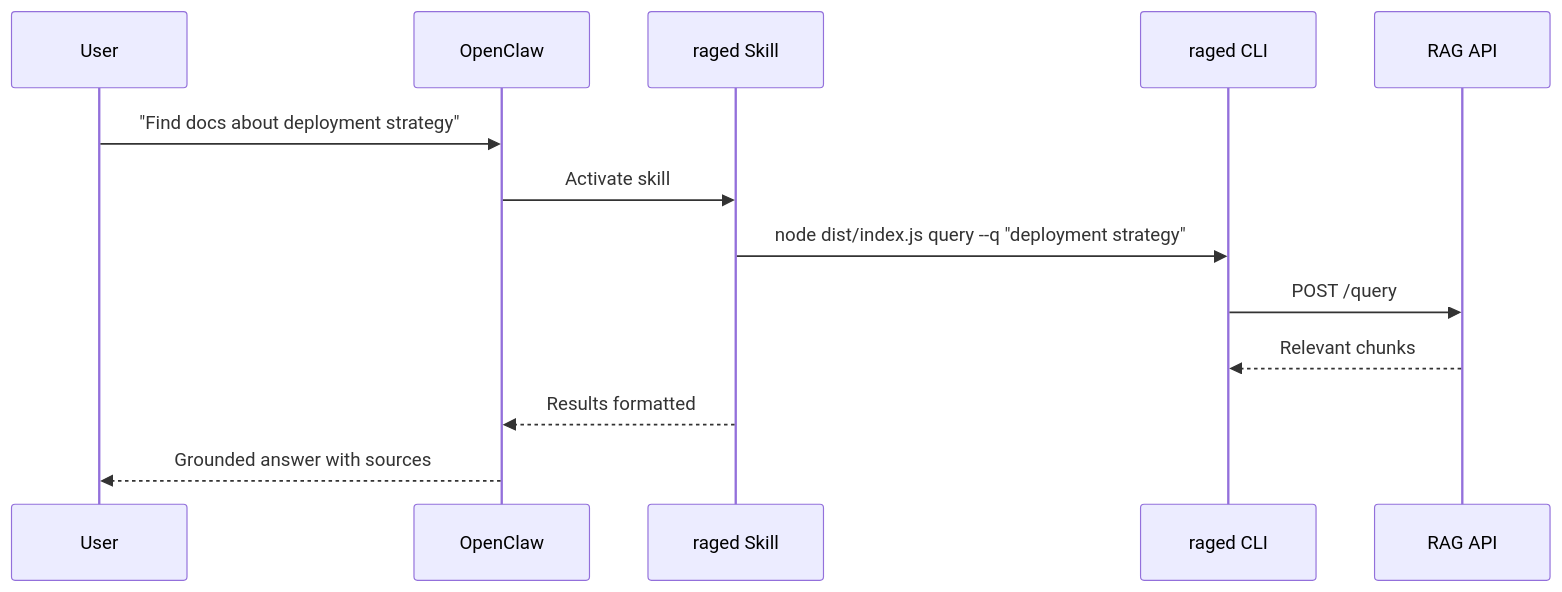
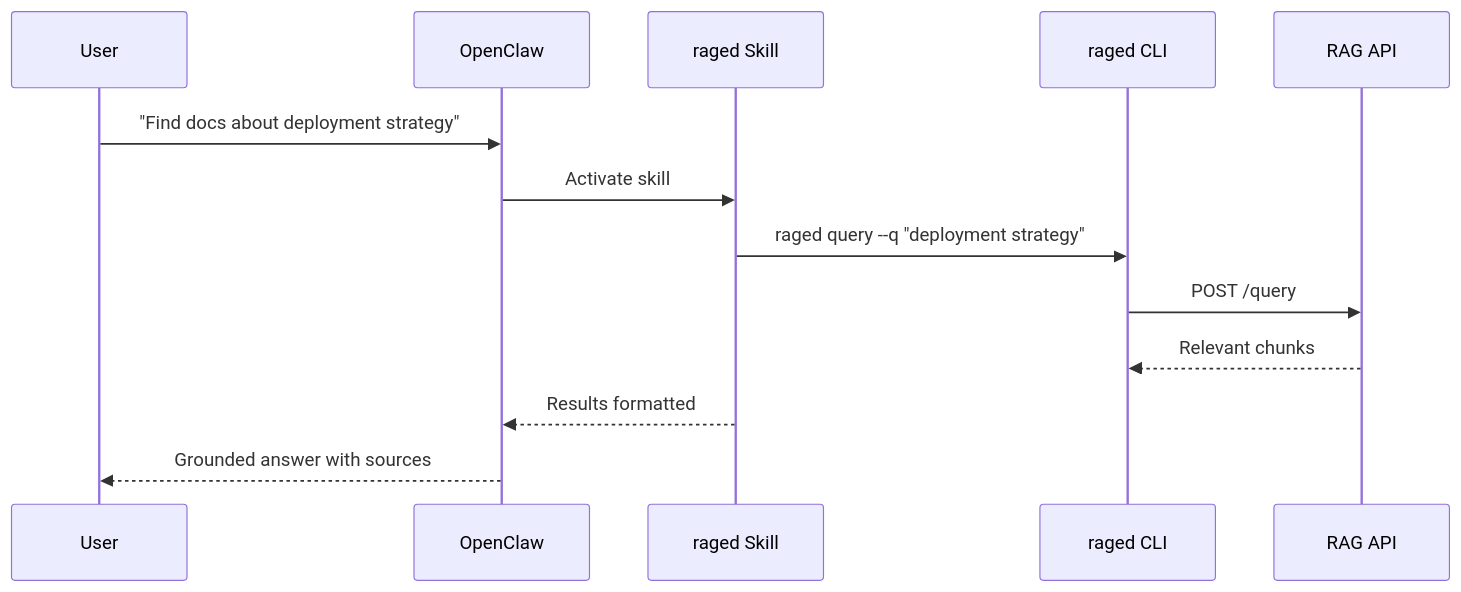
Before and after one commit to mfittko/RAGed: the second of 2 diagrams in docs/04-claude-skills.md, drawn with Mermaid. The commit also changed 4 other files, not shown here.

Commit message:
docs: address review feedback on connection check, diagram, graphExpand, and prerequisites

````diff
--- a/docs/04-claude-skills.md
+++ b/docs/04-claude-skills.md
@@ -70,16 +70,16 @@
 ```mermaid
 sequenceDiagram
     participant U as User
     participant OC as OpenClaw
     participant S as raged Skill
   participant CLI as raged CLI
   participant API as RAG API
 
     U->>OC: "Find docs about deployment strategy"
     OC->>S: Activate skill
-  S->>CLI: node dist/index.js query --q "deployment strategy"
+  S->>CLI: raged query --q "deployment strategy"
   CLI->>API: POST /query
   API-->>CLI: Relevant chunks
     S-->>OC: Results formatted
     OC-->>U: Grounded answer with sources
 ```
````
